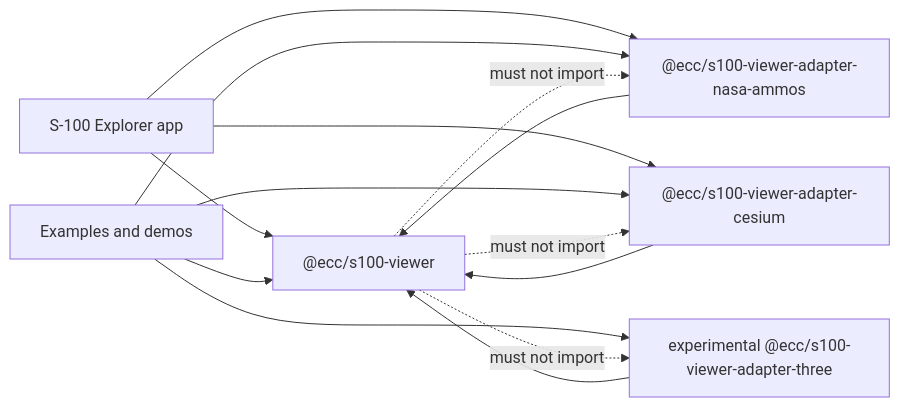
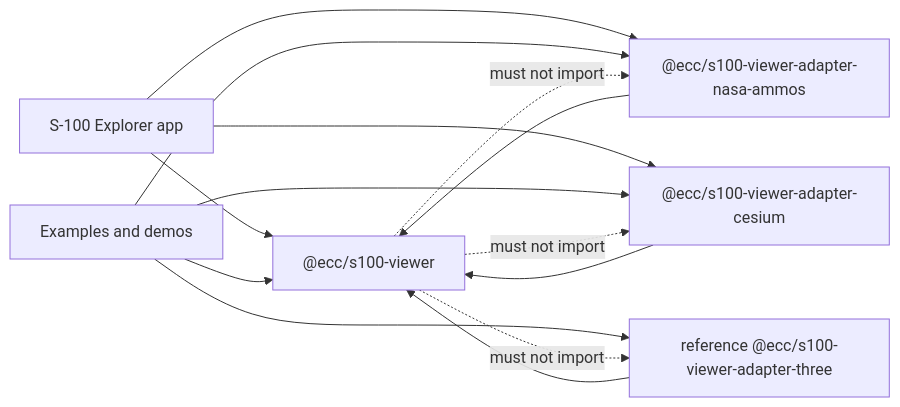
The first of 4 diagrams in docs/architecture/maintainability-refactor.md (ElectronicChartCentre/ecc-s100-lib), drawn with Mermaid before and after one commit. The commit also changed other lines of this file and 20 other files, not shown here.

````diff
--- a/docs/architecture/maintainability-refactor.md
+++ b/docs/architecture/maintainability-refactor.md
@@ -57,19 +62,19 @@
 ```mermaid
 flowchart LR
   App["S-100 Explorer app"] --> Core["@ecc/s100-viewer"]
   App --> Nasa["@ecc/s100-viewer-adapter-nasa-ammos"]
   App --> Cesium["@ecc/s100-viewer-adapter-cesium"]
 
   Examples["Examples and demos"] --> Core
   Examples --> Nasa
   Examples --> Cesium
-  Examples --> Three["experimental @ecc/s100-viewer-adapter-three"]
+  Examples --> Three["reference @ecc/s100-viewer-adapter-three"]
 
   Nasa --> Core
   Cesium --> Core
   Three --> Core
 
   Core -. "must not import" .-> Nasa
   Core -. "must not import" .-> Cesium
   Core -. "must not import" .-> Three
 ```
````
